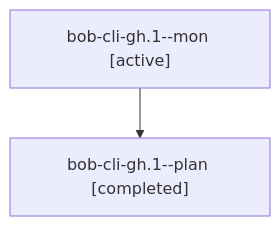
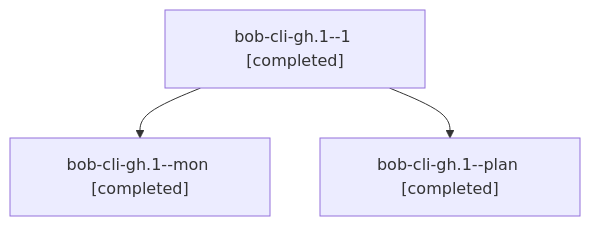
Before and after one commit to bobs-org/bob-cli--agents: the diagram in sessions/bbugyi200.athena.bob-cli-gh.1.md, drawn with Mermaid. The commit also changed other lines of this file and 33 other files, not shown here.

````diff
--- a/sessions/bbugyi200.athena.bob-cli-gh.1.md
+++ b/sessions/bbugyi200.athena.bob-cli-gh.1.md
@@ -9,6 +9,8 @@
 ```mermaid
 flowchart TD
-  n0["bob-cli-gh.1--mon [active]"]
-  n1["bob-cli-gh.1--plan [completed]"]
+  n0["bob-cli-gh.1--1 [completed]"]
+  n1["bob-cli-gh.1--mon [completed]"]
   n0 --> n1
+  n2["bob-cli-gh.1--plan [completed]"]
+  n0 --> n2
 ```
````
